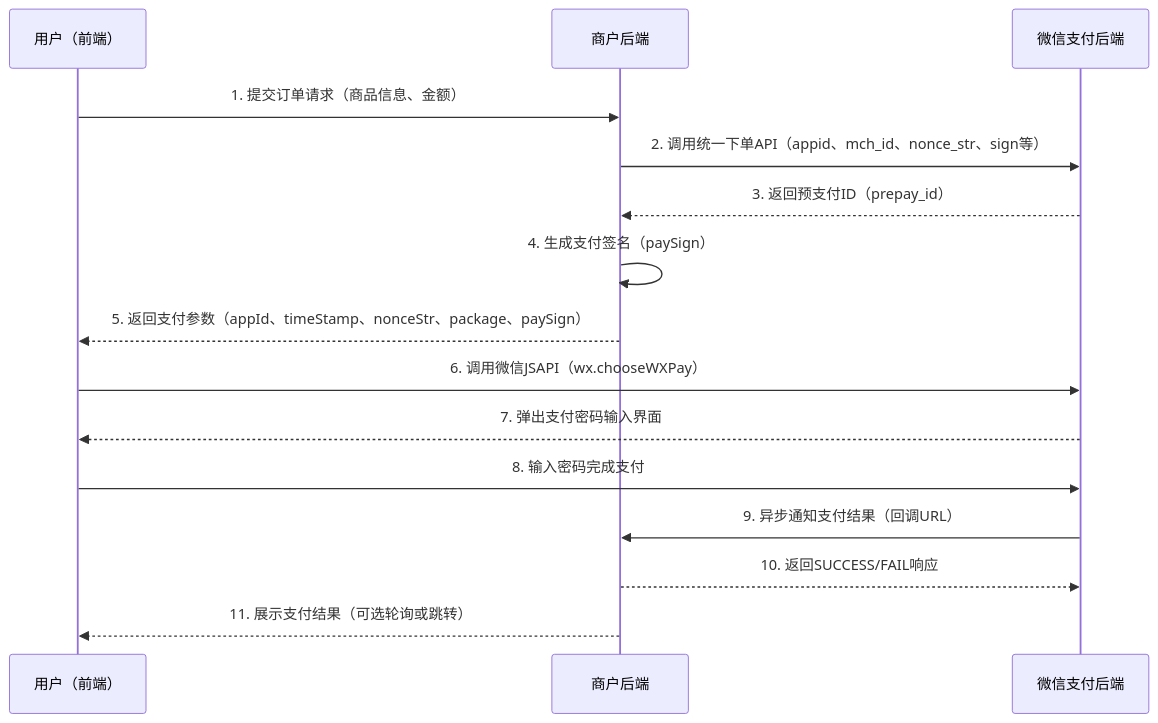
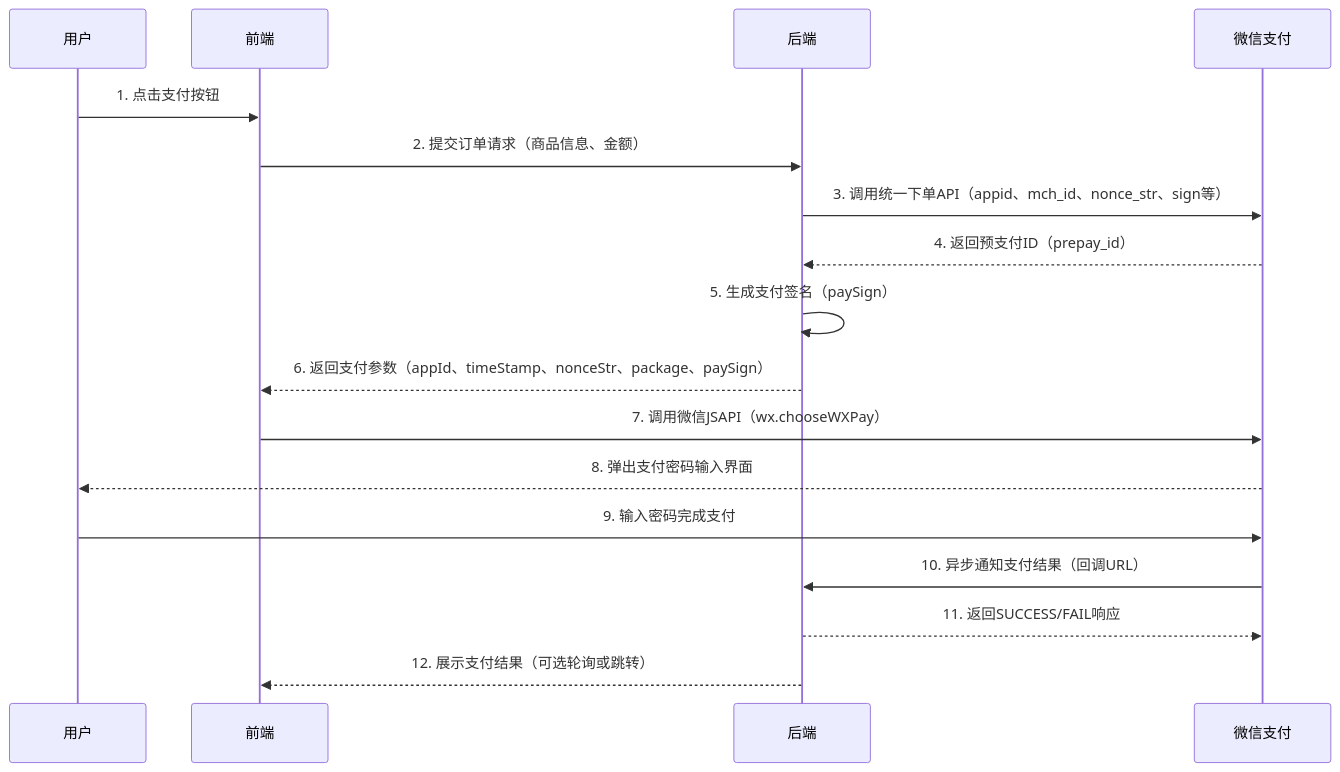
One commit to weihongyu12/web changed the diagram in docs/features/payment/weixinpay/README.md. Above: the diagram before and after it, drawn with Mermaid. The commit also changed other lines of this file and 2 other files, not shown here.

````diff
--- a/docs/features/payment/weixinpay/README.md
+++ b/docs/features/payment/weixinpay/README.md
@@ -6,18 +17,20 @@
 ```mermaid
 sequenceDiagram
-    participant 用户 as 用户（前端）
-    participant 商户后端 as 商户后端
-    participant 微信支付 as 微信支付后端
+    participant 用户 as 用户
+    participant 前端 as 前端
+    participant 后端 as 后端
+    participant 微信支付 as 微信支付
 
-    用户->>商户后端: 1. 提交订单请求（商品信息、金额）
-    商户后端->>微信支付: 2. 调用统一下单API（appid、mch_id、nonce_str、sign等）
-    微信支付-->>商户后端: 3. 返回预支付ID（prepay_id）
-    商户后端->>商户后端: 4. 生成支付签名（paySign）
-    商户后端-->>用户: 5. 返回支付参数（appId、timeStamp、nonceStr、package、paySign）
-    用户->>微信支付: 6. 调用微信JSAPI（wx.chooseWXPay）
-    微信支付-->>用户: 7. 弹出支付密码输入界面
-    用户->>微信支付: 8. 输入密码完成支付
-    微信支付->>商户后端: 9. 异步通知支付结果（回调URL）
-    商户后端-->>微信支付: 10. 返回SUCCESS/FAIL响应
-    商户后端-->>用户: 11. 展示支付结果（可选轮询或跳转）
+    用户->>前端: 1. 点击支付按钮
+    前端->>后端: 2. 提交订单请求（商品信息、金额）
+    后端->>微信支付: 3. 调用统一下单API（appid、mch_id、nonce_str、sign等）
+    微信支付-->>后端: 4. 返回预支付ID（prepay_id）
+    后端->>后端: 5. 生成支付签名（paySign）
+    后端-->>前端: 6. 返回支付参数（appId、timeStamp、nonceStr、package、paySign）
+    前端->>微信支付: 7. 调用微信JSAPI（wx.chooseWXPay）
+    微信支付-->>用户: 8. 弹出支付密码输入界面
+    用户->>微信支付: 9. 输入密码完成支付
+    微信支付->>后端: 10. 异步通知支付结果（回调URL）
+    后端-->>微信支付: 11. 返回SUCCESS/FAIL响应
+    后端-->>前端: 12. 展示支付结果（可选轮询或跳转）
 ```
````
